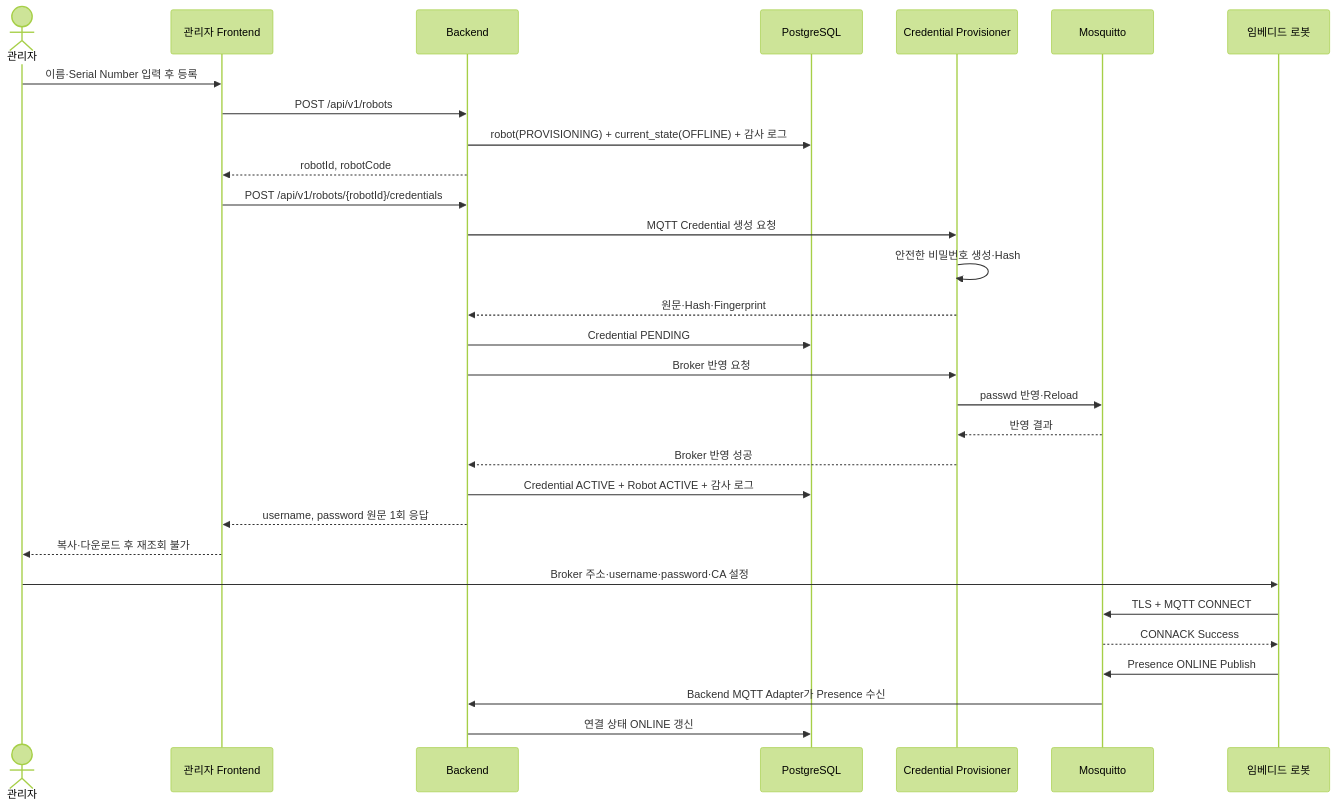
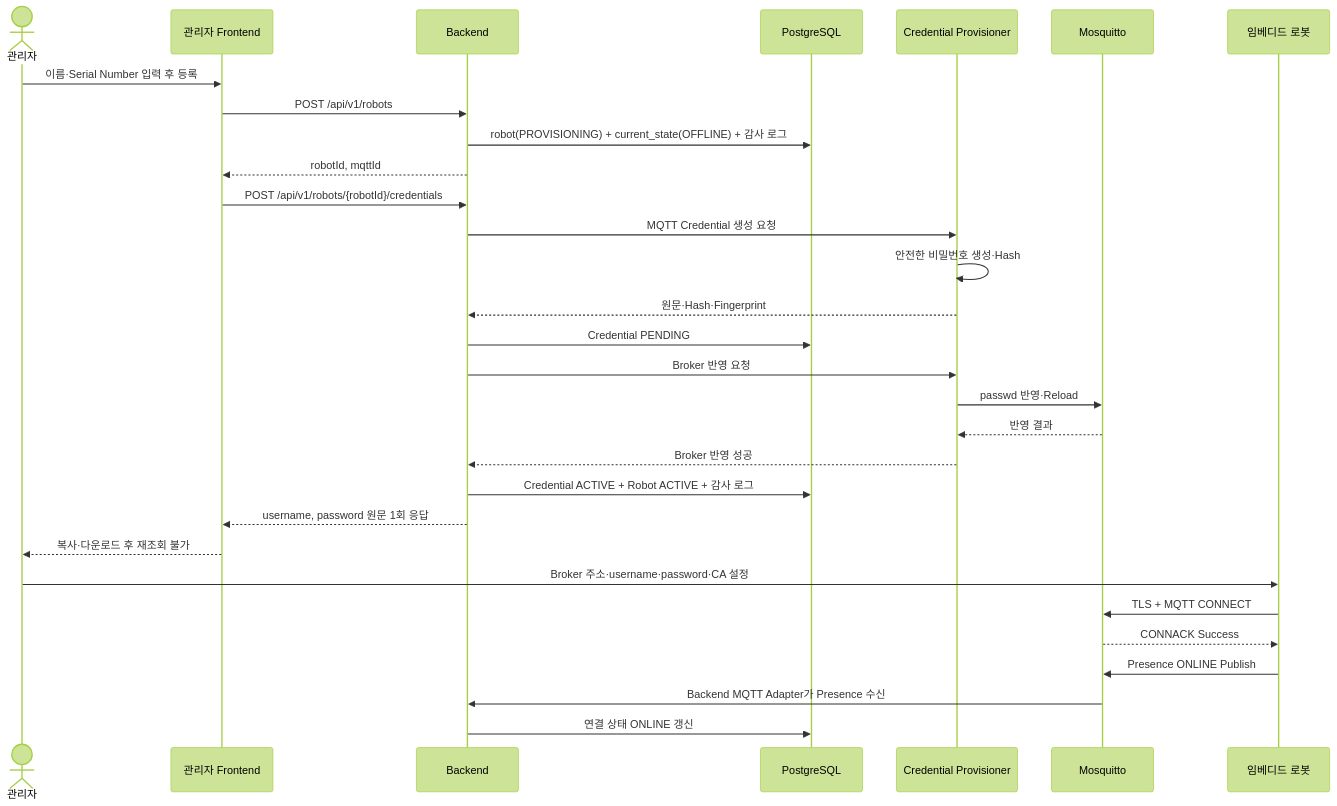
One commit to Jiwoo-Kim0/gilbom changed the diagram in web/docs/팀원B/V2/로봇 등록 및 MQTT Credential 발급.md. Above: the diagram before and after it, drawn with Mermaid (forest theme). The commit also changed other lines of this file and 26 other files, not shown here.

Commit message:
refactor : robot_id [pk]와 mqtt_id(외부 통신 키)분리

````diff
--- a/web/docs/팀원B/V2/로봇 등록 및 MQTT Credential 발급.md
+++ b/web/docs/팀원B/V2/로봇 등록 및 MQTT Credential 발급.md
@@ -106,35 +106,35 @@
 ```mermaid
 sequenceDiagram
     actor Admin as 관리자
     participant UI as 관리자 Frontend
     participant API as Backend
     participant DB as PostgreSQL
     participant Provisioner as Credential Provisioner
     participant Broker as Mosquitto
     participant Robot as 임베디드 로봇
 
     Admin->>UI: 이름·Serial Number 입력 후 등록
     UI->>API: POST /api/v1/robots
     API->>DB: robot(PROVISIONING) + current_state(OFFLINE) + 감사 로그
-    API-->>UI: robotId, robotCode
+    API-->>UI: robotId, mqttId
 
     UI->>API: POST /api/v1/robots/{robotId}/credentials
     API->>Provisioner: MQTT Credential 생성 요청
     Provisioner->>Provisioner: 안전한 비밀번호 생성·Hash
     Provisioner-->>API: 원문·Hash·Fingerprint
     API->>DB: Credential PENDING
     API->>Provisioner: Broker 반영 요청
     Provisioner->>Broker: passwd 반영·Reload
     Broker-->>Provisioner: 반영 결과
     Provisioner-->>API: Broker 반영 성공
     API->>DB: Credential ACTIVE + Robot ACTIVE + 감사 로그
     API-->>UI: username, password 원문 1회 응답
     UI-->>Admin: 복사·다운로드 후 재조회 불가
 
     Admin->>Robot: Broker 주소·username·password·CA 설정
     Robot->>Broker: TLS + MQTT CONNECT
     Broker-->>Robot: CONNACK Success
     Robot->>Broker: Presence ONLINE Publish
     Broker->>API: Backend MQTT Adapter가 Presence 수신
     API->>DB: 연결 상태 ONLINE 갱신
 ```
````
